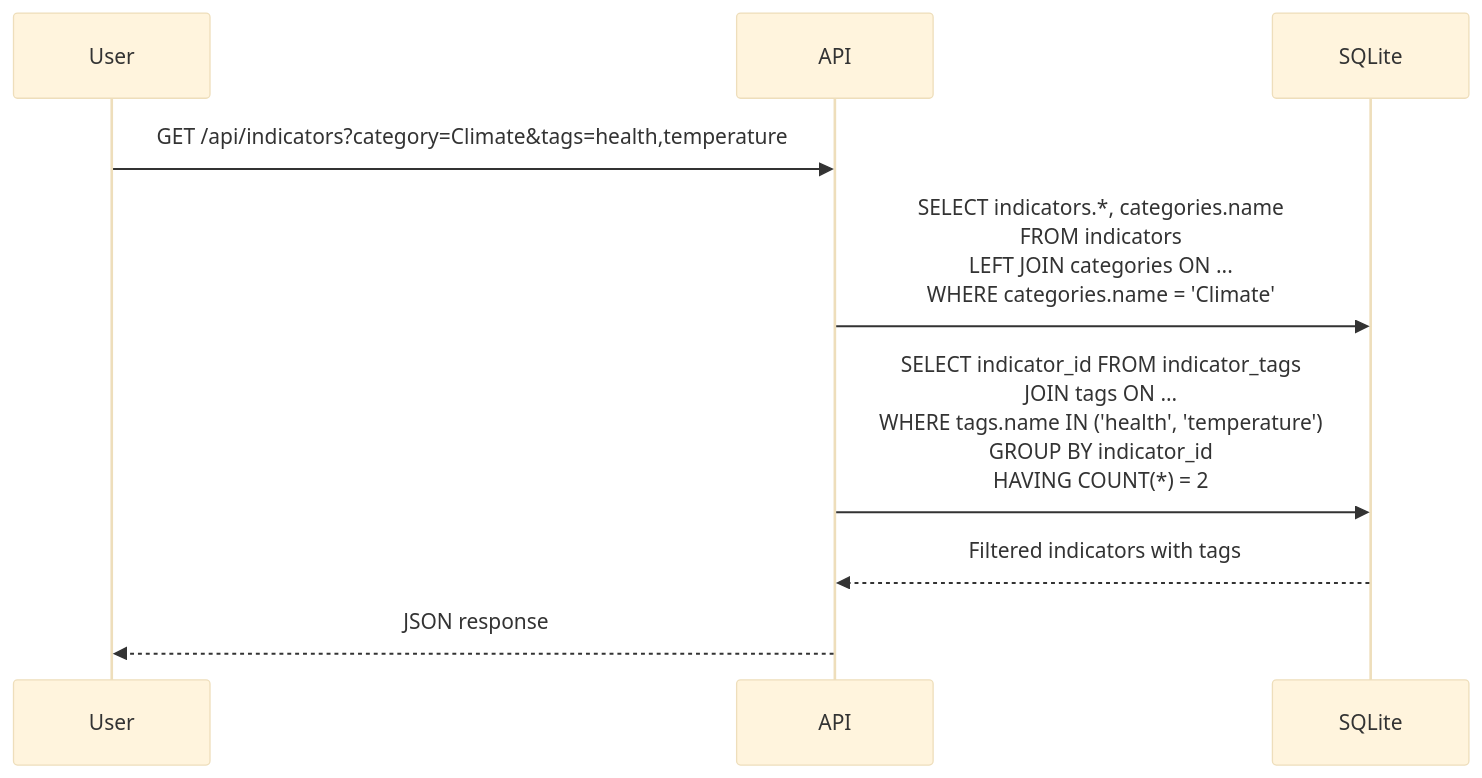
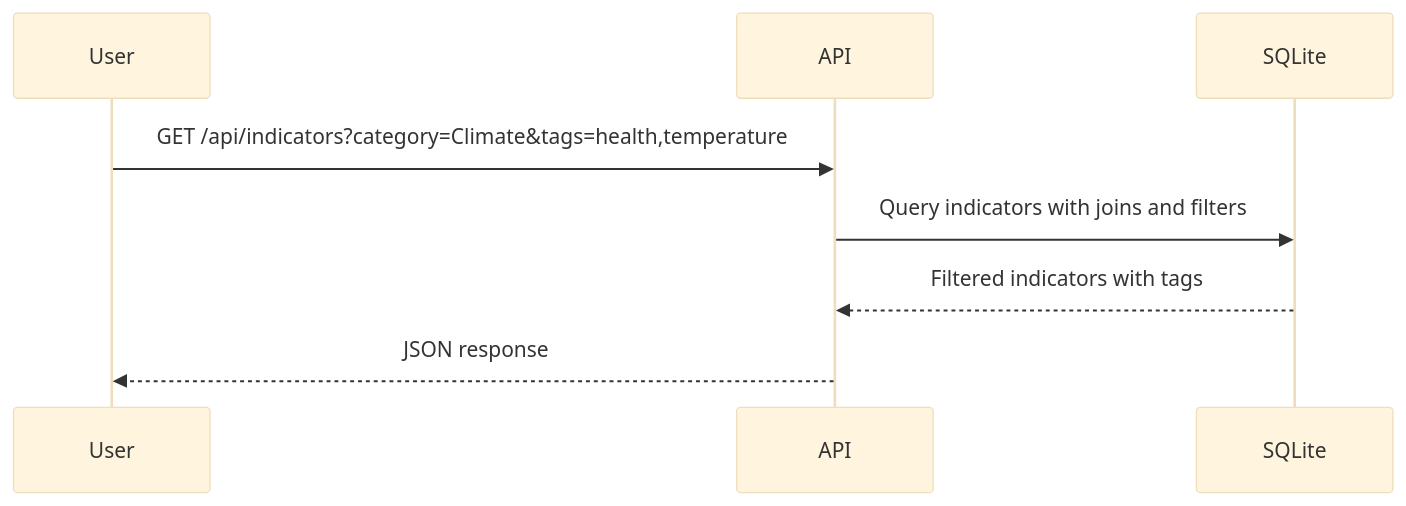
The ninth of 12 diagrams in INDICATOR_CATALOG_SQLITE_DESIGN.md (upbeat-works/provide), drawn with Mermaid (base theme) before and after one commit. The commit also changed other lines of this file and 1 other file, not shown here.

````diff
--- a/INDICATOR_CATALOG_SQLITE_DESIGN.md
+++ b/INDICATOR_CATALOG_SQLITE_DESIGN.md
@@ -848,15 +340,13 @@
 ```mermaid
 sequenceDiagram
     participant User
     participant API
     participant SQLite
 
     User->>API: GET /api/indicators?category=Climate&tags=health,temperature
 
-    API->>SQLite: SELECT indicators.*, categories.name<br/>FROM indicators<br/>LEFT JOIN categories ON ...<br/>WHERE categories.name = 'Climate'
-
-    API->>SQLite: SELECT indicator_id FROM indicator_tags<br/>JOIN tags ON ...<br/>WHERE tags.name IN ('health', 'temperature')<br/>GROUP BY indicator_id<br/>HAVING COUNT(*) = 2
+    API->>SQLite: Query indicators with joins and filters
 
     SQLite-->>API: Filtered indicators with tags
     API-->>User: JSON response
 ```
````
